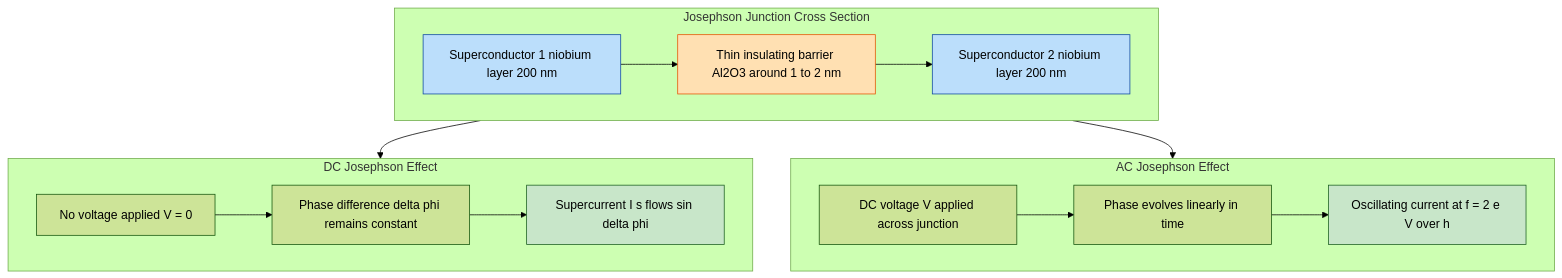
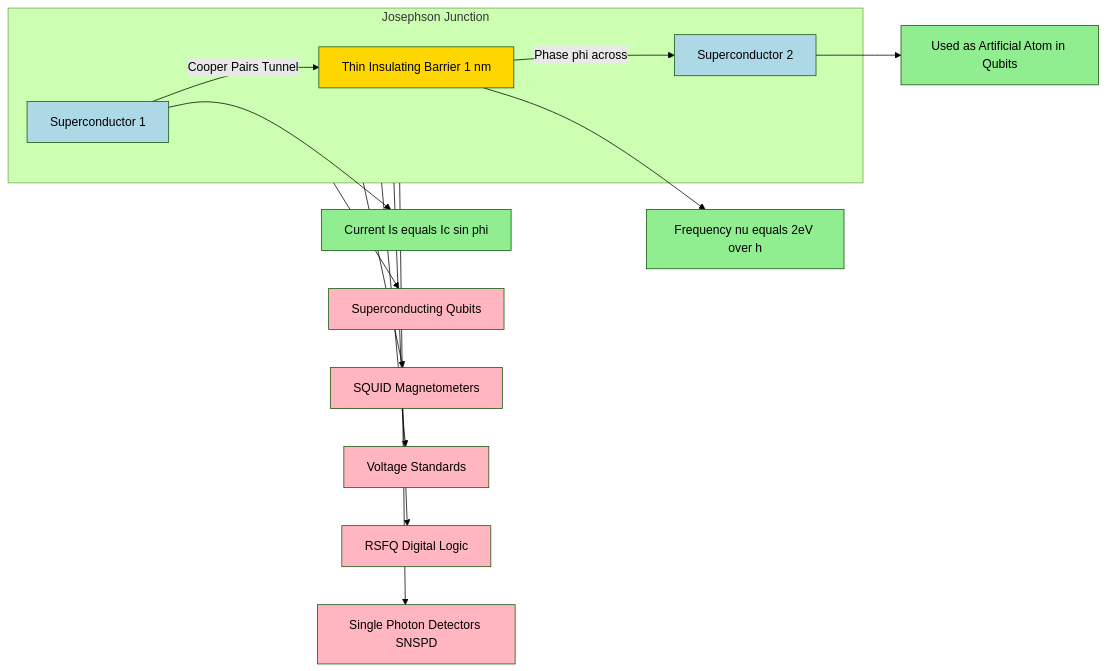
One commit to vishnuu-kr/ktunode changed the fifth of 6 diagrams in public/notes/computer-science-and-engineering/semester-1/gapht121-physics-for-information-science/01-module-1-electrical-conductivity/superconductivity/notes.md. Above: the diagram before and after it, drawn with Mermaid (forest theme). The commit also changed other lines of this file and 4829 other files, not shown here.

````diff
--- a/public/notes/computer-science-and-engineering/semester-1/gapht121-physics-for-information-science/01-module-1-electrical-conductivity/superconductivity/notes.md
+++ b/public/notes/computer-science-and-engineering/semester-1/gapht121-physics-for-information-science/01-module-1-electrical-conductivity/superconductivity/notes.md
@@ -512,26 +582,29 @@
 ```mermaid
-flowchart TB
-    subgraph JOSEPHSON["Josephson Junction Cross Section"]
-        SC1["Superconductor 1 niobium layer 200 nm"] --> BARRIER["Thin insulating barrier Al2O3 around 1 to 2 nm"]
-        BARRIER --> SC2["Superconductor 2 niobium layer 200 nm"]
+graph LR
+    subgraph JJ[Josephson Junction]
+        SC1[Superconductor 1] -->|Cooper Pairs Tunnel| IB[Thin Insulating Barrier 1 nm]
+        IB -->|Phase phi across| SC2[Superconductor 2]
     end
-
-    subgraph DCEFF["DC Josephson Effect"]
-        DC1["No voltage applied V = 0"] --> DC2["Phase difference delta phi remains constant"]
-        DC2 --> DC3["Supercurrent I s flows sin delta phi"]
-    end
-
-    subgraph ACEFF["AC Josephson Effect"]
-        AC1["DC voltage V applied across junction"] --> AC2["Phase evolves linearly in time"]
-        AC2 --> AC3["Oscillating current at f = 2 e V over h"]
-    end
-
-    JOSEPHSON --> DCEFF
-    JOSEPHSON --> ACEFF
-
-    style BARRIER fill:#FFE0B2,stroke:#E65100
-    style SC1 fill:#BBDEFB,stroke:#0D47A1
-    style SC2 fill:#BBDEFB,stroke:#0D47A1
-    style AC3 fill:#C8E6C9,stroke:#1B5E20
-    style DC3 fill:#C8E6C9,stroke:#1B5E20
+    
+    SC1 --> OUT1[Current Is equals Ic sin phi]
+    IB --> OUT2[Frequency nu equals 2eV over h]
+    SC2 --> OUT3[Used as Artificial Atom in Qubits]
+    
+    JJ --> APP1[Superconducting Qubits]
+    JJ --> APP2[SQUID Magnetometers]
+    JJ --> APP3[Voltage Standards]
+    JJ --> APP4[RSFQ Digital Logic]
+    JJ --> APP5[Single Photon Detectors SNSPD]
+    
+    style SC1 fill:#ADD8E6
+    style IB fill:#FFD700
+    style SC2 fill:#ADD8E6
+    style OUT1 fill:#90EE90
+    style OUT2 fill:#90EE90
+    style OUT3 fill:#90EE90
+    style APP1 fill:#FFB6C1
+    style APP2 fill:#FFB6C1
+    style APP3 fill:#FFB6C1
+    style APP4 fill:#FFB6C1
+    style APP5 fill:#FFB6C1
 ```
````
